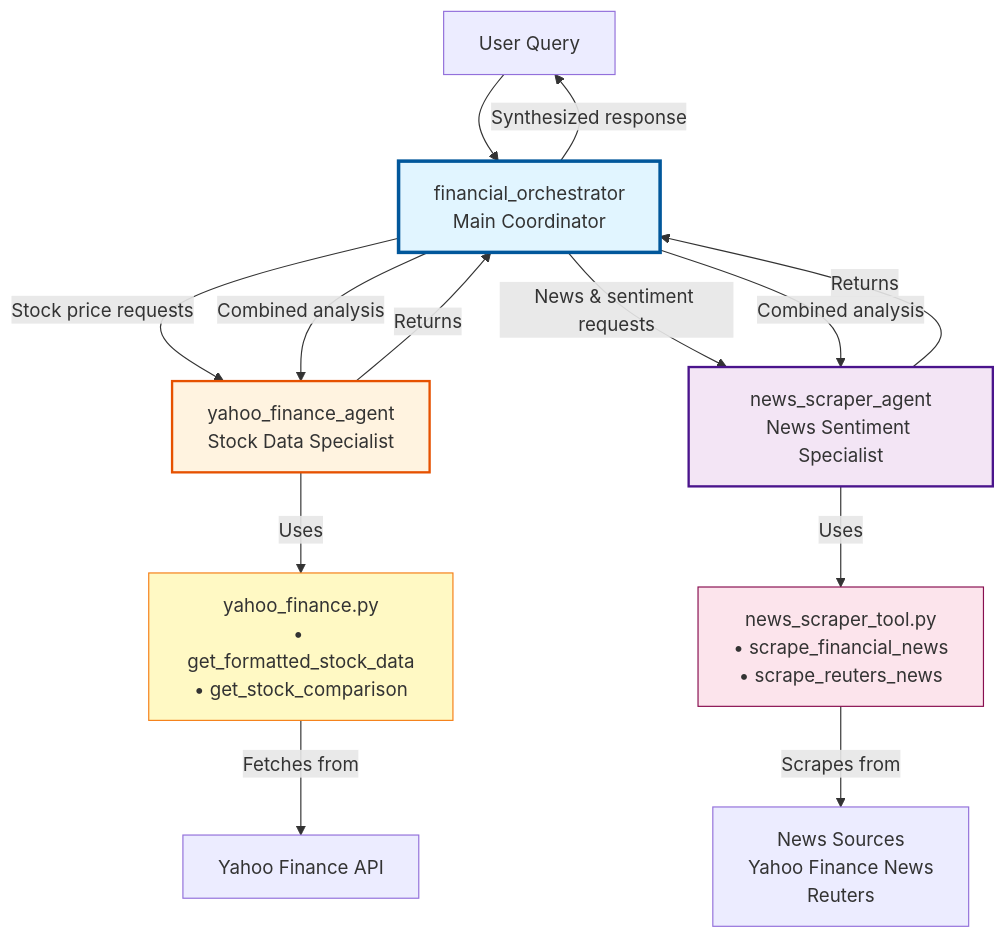
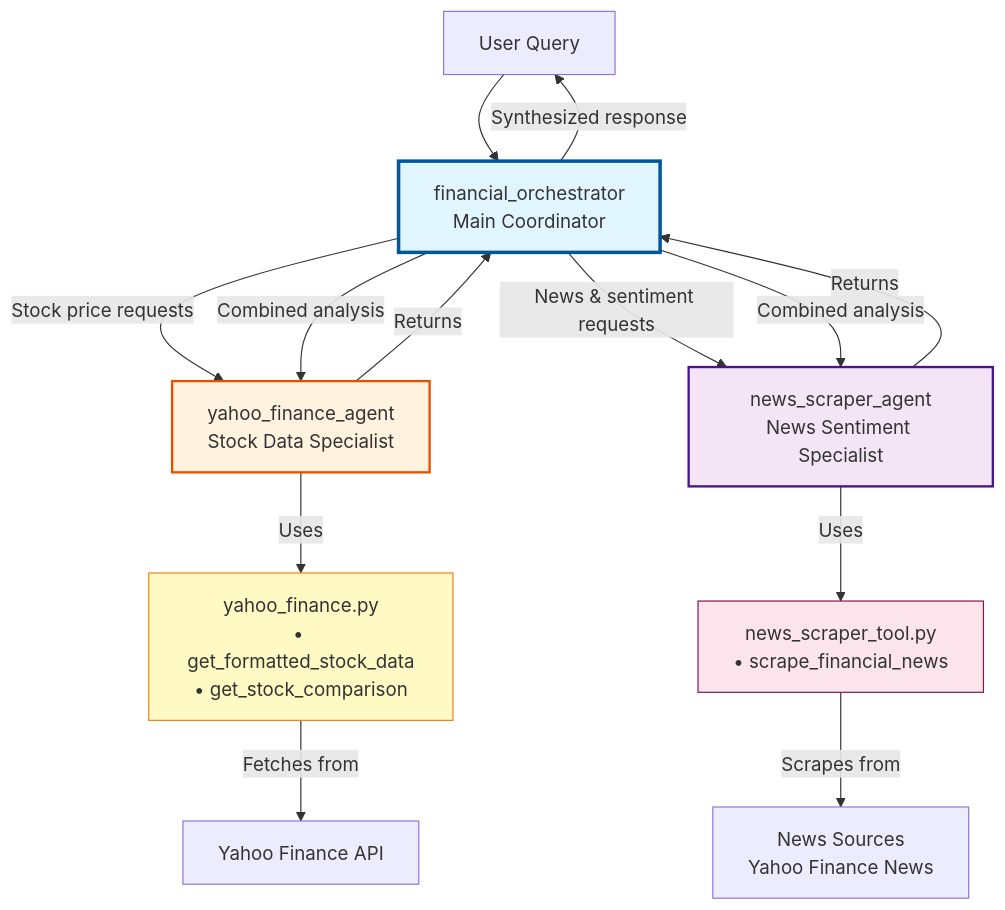
One commit to Client-Engineering-Indonesia/ID-Bob-WxO-Workshop changed the diagram in Lab 2 - Materials/readme.md. Above: the diagram before and after it, drawn with Mermaid.

````diff
--- a/Lab 2 - Materials/readme.md
+++ b/Lab 2 - Materials/readme.md
@@ -27,25 +27,25 @@
 ```mermaid
 graph TD
     User[User Query] --> FO[financial_orchestrator<br/>Main Coordinator]
     
     FO -->|Stock price requests| YFA[yahoo_finance_agent<br/>Stock Data Specialist]
     FO -->|News & sentiment requests| NSA[news_scraper_agent<br/>News Sentiment Specialist]
     FO -->|Combined analysis| YFA
     FO -->|Combined analysis| NSA
     
     YFA -->|Uses| YFT[yahoo_finance.py<br/>• get_formatted_stock_data<br/>• get_stock_comparison]
-    NSA -->|Uses| NST[news_scraper_tool.py<br/>• scrape_financial_news<br/>• scrape_reuters_news]
+    NSA -->|Uses| NST[news_scraper_tool.py<br/>• scrape_financial_news<br/>]
     
     YFT -->|Fetches from| YAPI[Yahoo Finance API]
-    NST -->|Scrapes from| NEWS[News Sources<br/>Yahoo Finance News<br/>Reuters]
+    NST -->|Scrapes from| NEWS[News Sources<br/>Yahoo Finance News<br/>]
     
     YFA -->|Returns| FO
     NSA -->|Returns| FO
     FO -->|Synthesized response| User
     
     style FO fill:#e1f5ff,stroke:#01579b,stroke-width:3px
     style YFA fill:#fff3e0,stroke:#e65100,stroke-width:2px
     style NSA fill:#f3e5f5,stroke:#4a148c,stroke-width:2px
     style YFT fill:#fff9c4,stroke:#f57f17
     style NST fill:#fce4ec,stroke:#880e4f
 ```
````
